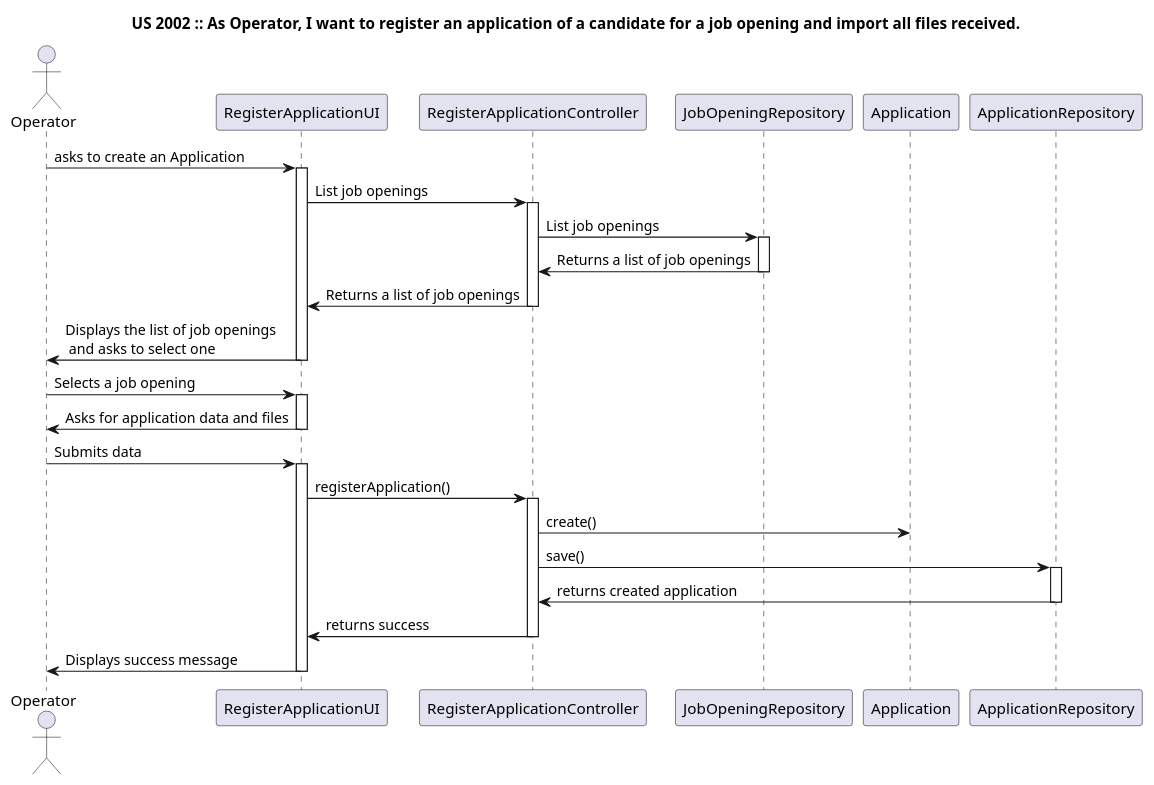
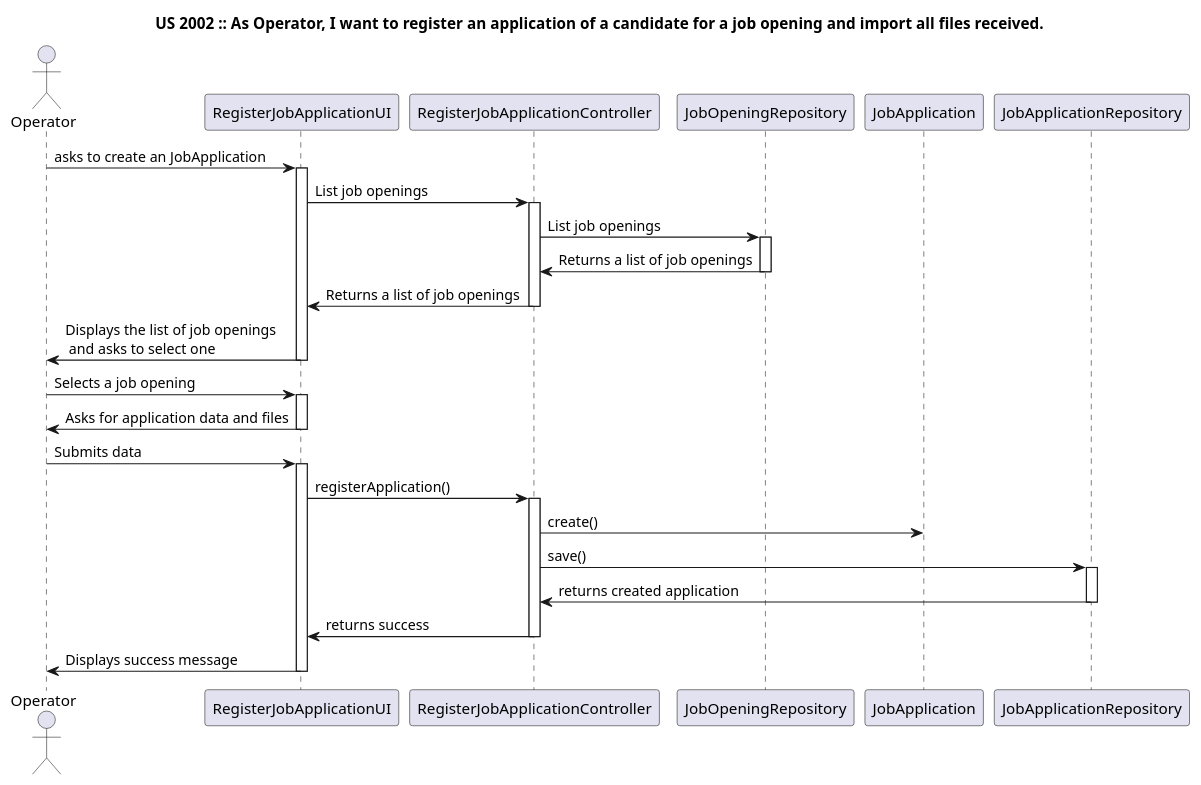
Before and after one commit to JoelBrunoFerreira/isep-lapr4: the diagram in docs/US_Sprint_B/us_2002/us_2002_SD.puml, drawn with PlantUML. The commit also changed 66 other files, not shown here.

```diff
--- a/docs/US_Sprint_B/us_2002/us_2002_SD.puml
+++ b/docs/US_Sprint_B/us_2002/us_2002_SD.puml
@@ -1,48 +1,48 @@
 @startuml
 title US 2002 :: As Operator, I want to register an application of a candidate for a job opening and import all files received.
 actor Operator
-participant RegisterApplicationUI
-participant RegisterApplicationController
+participant RegisterJobApplicationUI
+participant RegisterJobApplicationController
 participant JobOpeningRepository
-participant Application
-participant ApplicationRepository
+participant JobApplication
+participant JobApplicationRepository
 
 
-Operator->RegisterApplicationUI: asks to create an Application
-activate RegisterApplicationUI
-RegisterApplicationUI->RegisterApplicationController: List job openings
+Operator->RegisterJobApplicationUI: asks to create an JobApplication
+activate RegisterJobApplicationUI
+RegisterJobApplicationUI->RegisterJobApplicationController: List job openings
 
-activate RegisterApplicationController
-RegisterApplicationController->JobOpeningRepository: List job openings
+activate RegisterJobApplicationController
+RegisterJobApplicationController->JobOpeningRepository: List job openings
 activate JobOpeningRepository
-JobOpeningRepository->RegisterApplicationController: Returns a list of job openings
+JobOpeningRepository->RegisterJobApplicationController: Returns a list of job openings
 deactivate JobOpeningRepository
 
-RegisterApplicationController->RegisterApplicationUI: Returns a list of job openings
-deactivate RegisterApplicationController
-RegisterApplicationUI->Operator: Displays the list of job openings \n and asks to select one
-deactivate RegisterApplicationUI
+RegisterJobApplicationController->RegisterJobApplicationUI: Returns a list of job openings
+deactivate RegisterJobApplicationController
+RegisterJobApplicationUI->Operator: Displays the list of job openings \n and asks to select one
+deactivate RegisterJobApplicationUI
 
-Operator->RegisterApplicationUI: Selects a job opening
-activate RegisterApplicationUI
-RegisterApplicationUI->Operator: Asks for application data and files
-deactivate RegisterApplicationUI
+Operator->RegisterJobApplicationUI: Selects a job opening
+activate RegisterJobApplicationUI
+RegisterJobApplicationUI->Operator: Asks for application data and files
+deactivate RegisterJobApplicationUI
 
-Operator->RegisterApplicationUI: Submits data
-activate RegisterApplicationUI
-RegisterApplicationUI->RegisterApplicationController: registerApplication()
-activate RegisterApplicationController
+Operator->RegisterJobApplicationUI: Submits data
+activate RegisterJobApplicationUI
+RegisterJobApplicationUI->RegisterJobApplicationController: registerApplication()
+activate RegisterJobApplicationController
 
-RegisterApplicationController->Application: create()
-RegisterApplicationController->ApplicationRepository: save()
-activate ApplicationRepository
+RegisterJobApplicationController->JobApplication: create()
+RegisterJobApplicationController->JobApplicationRepository: save()
+activate JobApplicationRepository
 
-ApplicationRepository->RegisterApplicationController: returns created application
-deactivate ApplicationRepository
-RegisterApplicationController->RegisterApplicationUI: returns success
-deactivate RegisterApplicationController
+JobApplicationRepository->RegisterJobApplicationController: returns created application
+deactivate JobApplicationRepository
+RegisterJobApplicationController->RegisterJobApplicationUI: returns success
+deactivate RegisterJobApplicationController
 
-RegisterApplicationUI->Operator: Displays success message
-deactivate RegisterApplicationUI
+RegisterJobApplicationUI->Operator: Displays success message
+deactivate RegisterJobApplicationUI
 
 @enduml
```
